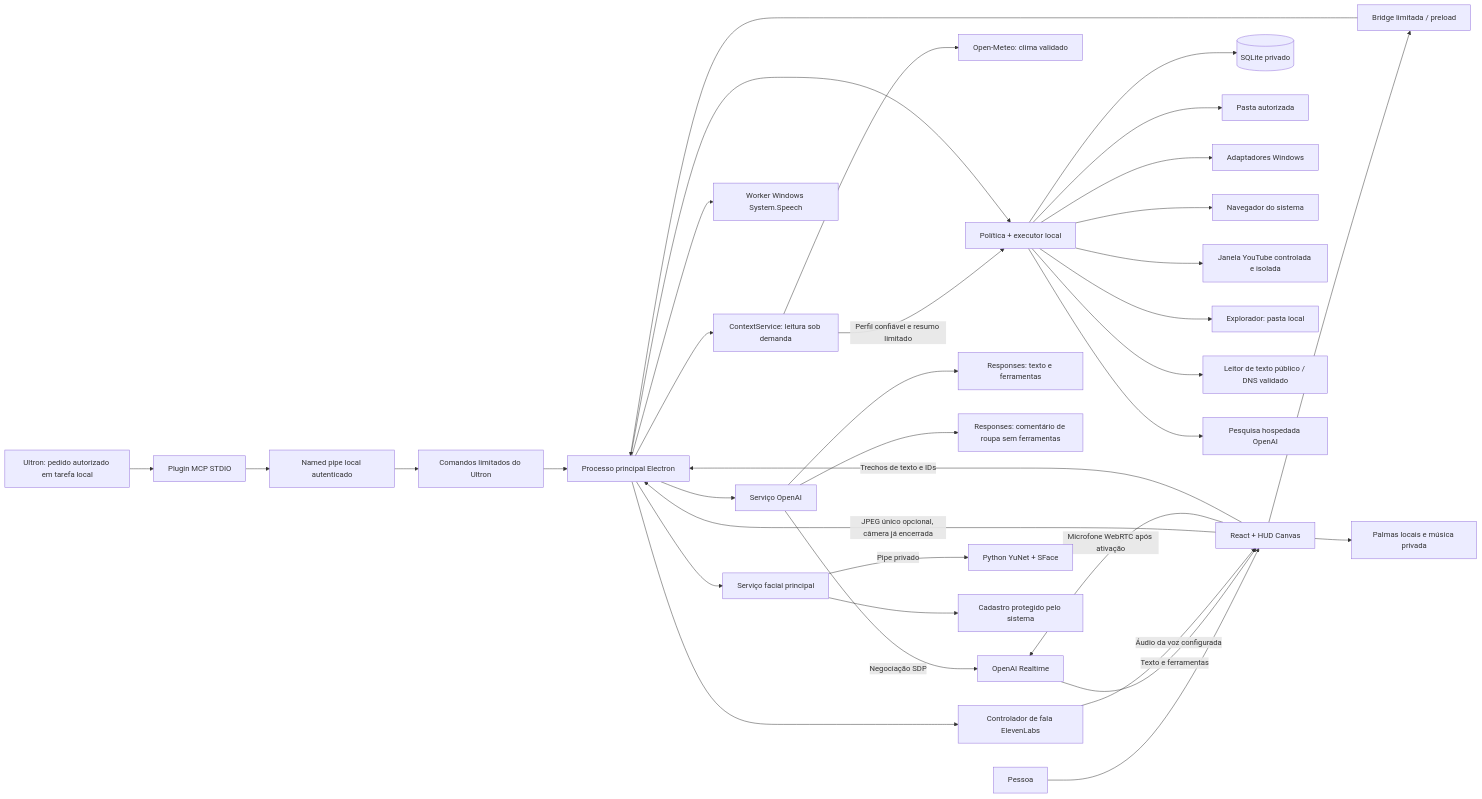
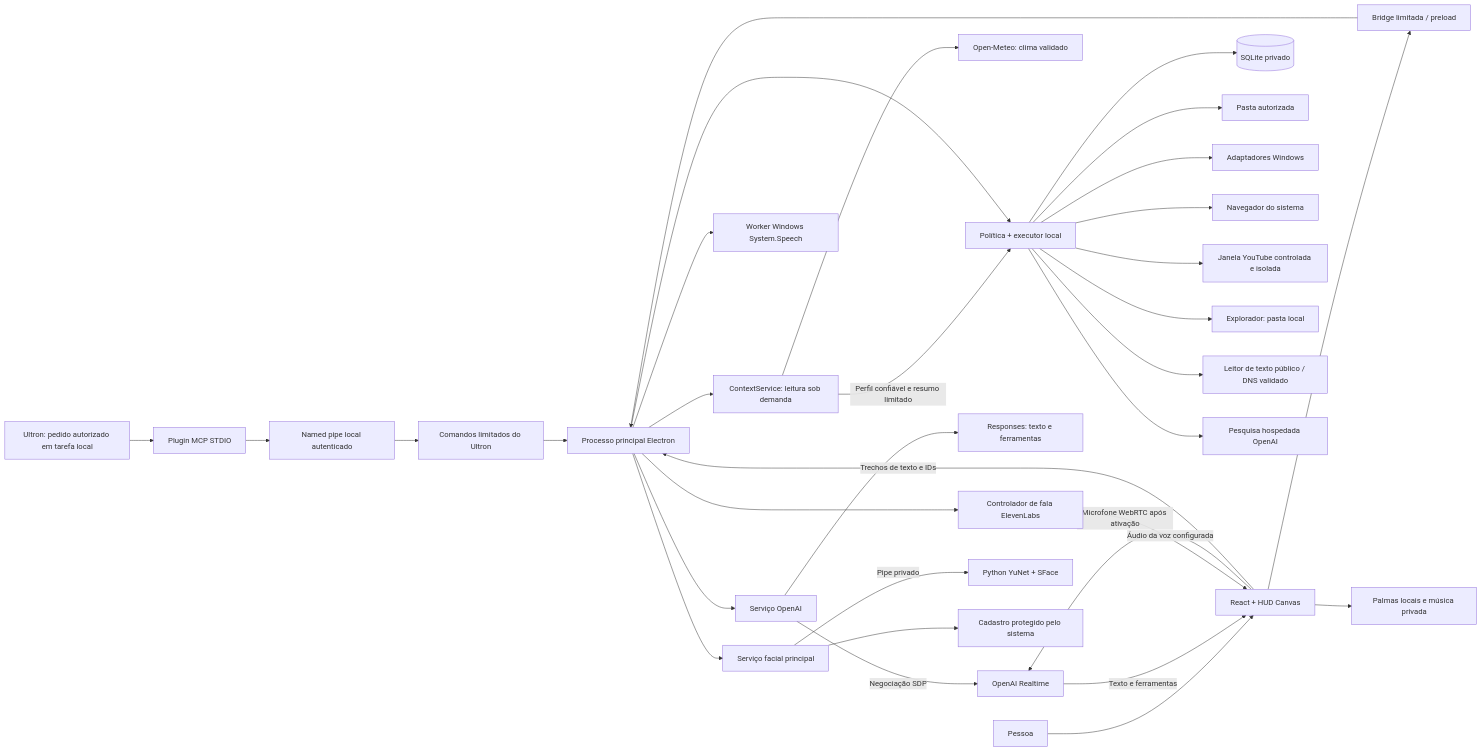
The diagram in docs/architecture.md (Gleysonp-Dev/GleysonSilva-Jarvis), drawn with Mermaid before and after one commit. The commit also changed other lines of this file and 27 other files, not shown here.

````diff
--- a/docs/architecture.md
+++ b/docs/architecture.md
@@ -19,37 +19,35 @@
 ```mermaid
 flowchart LR
     Dot[Ultron: pedido autorizado em tarefa local] --> MCP[Plugin MCP STDIO]
     MCP --> Pipe[Named pipe local autenticado]
     Pipe --> Ultron[Comandos limitados do Ultron]
     Ultron --> Main
     Pessoa[Pessoa] --> UI[React + HUD Canvas]
     UI --> Bridge[Bridge limitada / preload]
     Bridge --> Main[Processo principal Electron]
     Main --> Context[ContextService: leitura sob demanda]
     Context --> Weather[Open-Meteo: clima validado]
     Context -->|Perfil confiável e resumo limitado| Runtime
     Main --> Provider[Serviço OpenAI]
     Provider --> Responses[Responses: texto e ferramentas]
-    UI -->|JPEG único opcional, câmera já encerrada| Main
-    Provider --> Outfit[Responses: comentário de roupa sem ferramentas]
     UI -->|Microfone WebRTC após ativação| Realtime[OpenAI Realtime]
     Realtime -->|Texto e ferramentas| UI
     Provider -->|Negociação SDP| Realtime
     UI -->|Trechos de texto e IDs| Main
     Main --> Speech[Controlador de fala ElevenLabs]
     Speech -->|Áudio da voz configurada| UI
     UI --> Standby[Palmas locais e música privada]
     Main --> Wake[Worker Windows System.Speech]
     Main --> Runtime[Política + executor local]
     Runtime --> DB[(SQLite privado)]
     Runtime --> Files[Pasta autorizada]
     Runtime --> Apps[Adaptadores Windows]
     Runtime --> Browser[Navegador do sistema]
     Runtime --> YouTube[Janela YouTube controlada e isolada]
     Runtime --> Folders[Explorador: pasta local]
     Runtime --> Web[Leitor de texto público / DNS validado]
     Runtime --> Search[Pesquisa hospedada OpenAI]
     Main --> Vision[Serviço facial principal]
     Vision -->|Pipe privado| Worker[Python YuNet + SFace]
     Vision --> Protected[Cadastro protegido pelo sistema]
 ```
````
